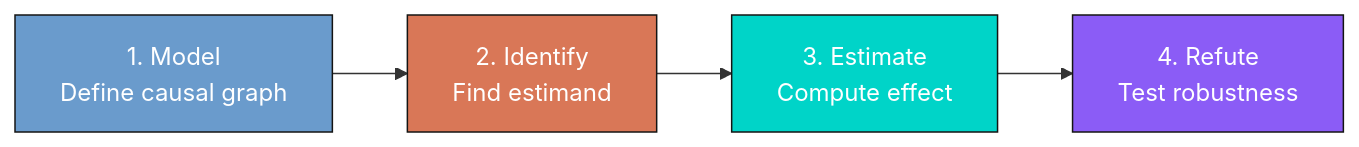
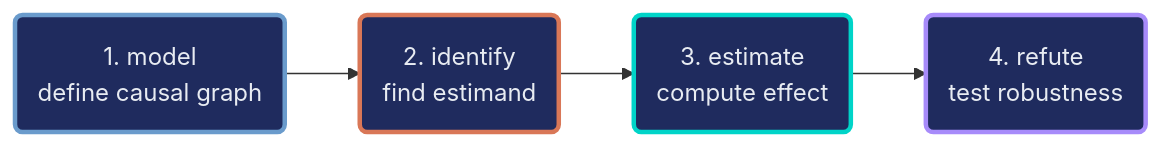
One commit to cmg777/starter-academic-v501 changed the first of 2 diagrams in content/post/python_dowhy_intro/references/tutorial.qmd. Above: the diagram before and after it, drawn with Mermaid. The commit also changed other lines of this file and 42 other files, not shown here.

First line of the commit message:
content(mermaid): restyle Mermaid copies in tutorial sources and the LaLonde slide deck

````diff
--- a/content/post/python_dowhy_intro/references/tutorial.qmd
+++ b/content/post/python_dowhy_intro/references/tutorial.qmd
@@ -133,10 +133,14 @@
 ```{mermaid}
 graph LR
-    A["1. Model<br/>Define causal graph"] --> B["2. Identify<br/>Find estimand"]
-    B --> C["3. Estimate<br/>Compute effect"]
-    C --> D["4. Refute<br/>Test robustness"]
-    style A fill:#6a9bcc,stroke:#141413,color:#fff
-    style B fill:#d97757,stroke:#141413,color:#fff
-    style C fill:#00d4c8,stroke:#141413,color:#fff
-    style D fill:#8b5cf6,stroke:#141413,color:#fff
+    A("1. model<br/>define causal graph") --> B("2. identify<br/>find estimand")
+    B --> C("3. estimate<br/>compute effect")
+    C --> D("4. refute<br/>test robustness")
+    classDef blue fill:#1f2b5e,stroke:#6a9bcc,stroke-width:3px,color:#e8ecf2
+    classDef orange fill:#1f2b5e,stroke:#d97757,stroke-width:3px,color:#e8ecf2
+    classDef teal fill:#1f2b5e,stroke:#00d4c8,stroke-width:3px,color:#e8ecf2
+    classDef violet fill:#1f2b5e,stroke:#a78bfa,stroke-width:3px,color:#e8ecf2
+    class A blue
+    class B orange
+    class C teal
+    class D violet
 ```
````
